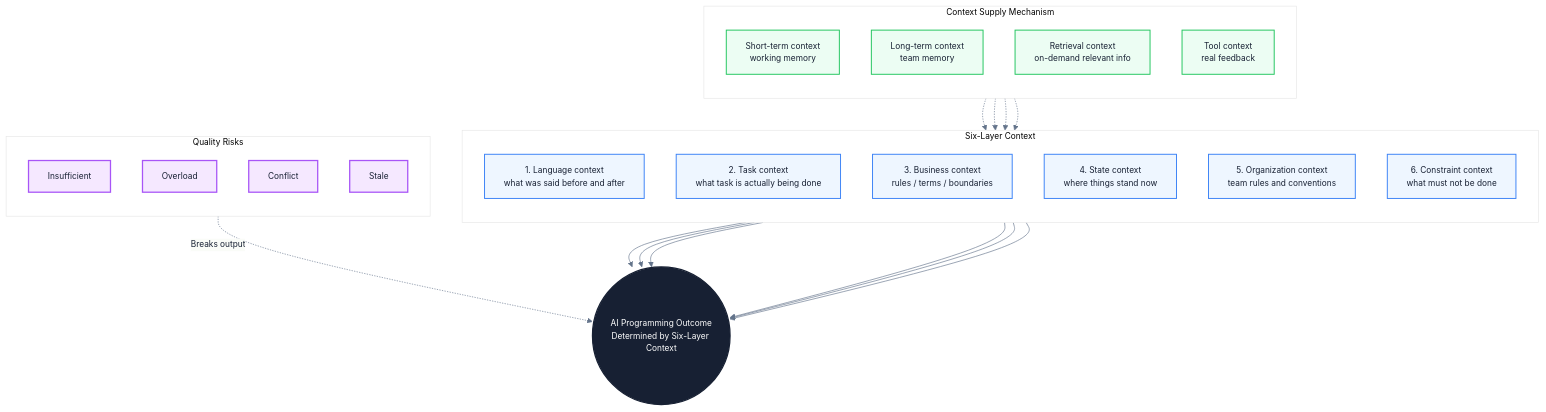
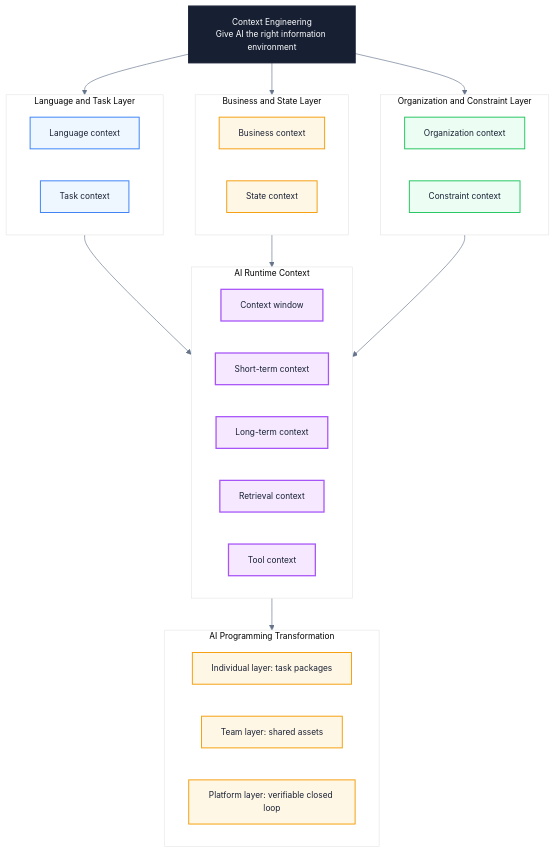
The third of 3 diagrams in docs/en/ai/understanding-context-in-ai-era.md (Fatejian/frontier-vault), drawn with Mermaid before and after one commit. The commit also changed other lines of this file and 44 other files, not shown here.

````diff
--- a/docs/en/ai/understanding-context-in-ai-era.md
+++ b/docs/en/ai/understanding-context-in-ai-era.md
@@ -974,56 +744,55 @@
 ```mermaid
 %%{init: {'theme': 'base', 'themeVariables': { 'fontFamily': 'Inter, PingFang SC, Microsoft YaHei, sans-serif', 'primaryColor': '#F8FAFC', 'primaryTextColor': '#172033', 'primaryBorderColor': '#CBD5E1', 'lineColor': '#64748B', 'fontSize': '13px'}}}%%
 flowchart TB
-    Core(("AI Programming Outcome<br/>Determined by Six-Layer Context"))
+    Core["Context Engineering<br/>Give AI the right information environment"]
 
-    subgraph Layers["Six-Layer Context"]
-        direction TB
-        L1["1. Language context<br/>what was said before and after"]
-        L2["2. Task context<br/>what task is actually being done"]
-        L3["3. Business context<br/>rules / terms / boundaries"]
-        L4["4. State context<br/>where things stand now"]
-        L5["5. Organization context<br/>team rules and conventions"]
-        L6["6. Constraint context<br/>what must not be done"]
+    subgraph S1["Language and Task Layer"]
+        A1["Language context"]
+        A2["Task context"]
     end
 
-    subgraph Supply["Context Supply Mechanism"]
-        direction TB
-        S1["Short-term context<br/>working memory"]
-        S2["Long-term context<br/>team memory"]
-        S3["Retrieval context<br/>on-demand relevant info"]
-        S4["Tool context<br/>real feedback"]
+    subgraph S2["Business and State Layer"]
+        B1["Business context"]
+        B2["State context"]
     end
 
-    subgraph Quality["Quality Risks"]
-        direction TB
-        Q1["Insufficient"]
-        Q2["Overload"]
-        Q3["Conflict"]
-        Q4["Stale"]
+    subgraph S3["Organization and Constraint Layer"]
+        C1["Organization context"]
+        C2["Constraint context"]
     end
 
-    L1 --> Core
-    L2 --> Core
-    L3 --> Core
-    L4 --> Core
-    L5 --> Core
-    L6 --> Core
+    subgraph S4["AI Runtime Context"]
+        D1["Context window"]
+        D2["Short-term context"]
+        D3["Long-term context"]
+        D4["Retrieval context"]
+        D5["Tool context"]
+    end
 
-    S1 -.-> L1
-    S2 -.-> L5
-    S3 -.-> L3
-    S4 -.-> L4
+    subgraph S5["AI Programming Transformation"]
+        E1["Individual layer: task packages"]
+        E2["Team layer: shared assets"]
+        E3["Platform layer: verifiable closed loop"]
+    end
 
-    Quality -.->|Breaks output| Core
+    Core --> S1
+    Core --> S2
+    Core --> S3
+    S1 --> S4
+    S2 --> S4
+    S3 --> S4
+    S4 --> S5
 
     classDef core fill:#172033,color:#fff,stroke:#172033,stroke-width:2px;
     classDef wait fill:#EEF6FF,stroke:#3B82F6,color:#172033,stroke-width:1.5px;
     classDef block fill:#FFF7E6,stroke:#F59E0B,color:#172033,stroke-width:1.5px;
     classDef work fill:#ECFDF3,stroke:#22C55E,color:#172033,stroke-width:1.5px;
     classDef metric fill:#F5E8FF,stroke:#A855F7,color:#172033,stroke-width:2px;
 
     class Core core;
-    class L1,L2,L3,L4,L5,L6 wait;
-    class S1,S2,S3,S4 work;
-    class Q1,Q2,Q3,Q4 metric;
+    class A1,A2 wait;
+    class B1,B2 block;
+    class C1,C2 work;
+    class D1,D2,D3,D4,D5 metric;
+    class E1,E2,E3 block;
 ```
````
